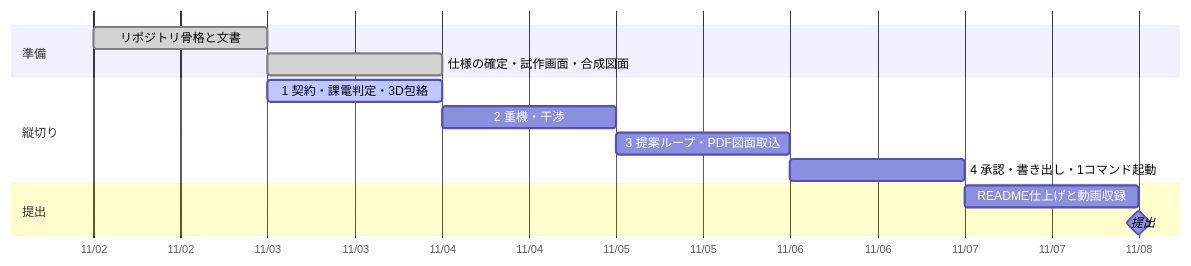
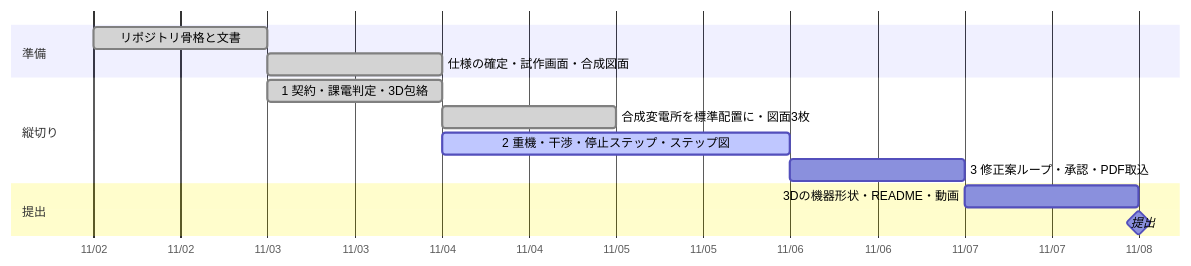
One commit to Daxion1578/Minimum-Approach-Area-Indicator changed the diagram in STATUS.md. Above: the diagram before and after it, drawn with Mermaid. The commit also changed other lines of this file and 2 other files, not shown here.

First line of the commit message:
状況: 提出物の線引き・標準配置・図面 3 枚・機器寸法まで完了。TASKS/STATUS/仕様 §14 を 11/8 までの日割りに更新

````diff
--- a/STATUS.md
+++ b/STATUS.md
@@ -3,16 +3,16 @@
 ```mermaid
 gantt
   dateFormat YYYY-MM-DD
   axisFormat %m/%d
   section 準備
   リポジトリ骨格と文書          :done,   p1, 2026-11-02, 1d
   仕様の確定・試作画面・合成図面  :done,   p2, 2026-11-03, 1d
   section 縦切り
-  1 契約・課電判定・3D包絡       :active, s1, 2026-11-03, 1d
-  2 重機・干渉                   :        s2, 2026-11-04, 1d
-  3 提案ループ・PDF図面取込      :        s3, 2026-11-05, 1d
-  4 承認・書き出し・1コマンド起動 :        s4, 2026-11-06, 1d
+  1 契約・課電判定・3D包絡       :done,   s1, 2026-11-03, 1d
+  合成変電所を標準配置に・図面3枚 :done,   s1b, 2026-11-04, 1d
+  2 重機・干渉・停止ステップ・ステップ図 :active, s2, 2026-11-04, 2d
+  3 修正案ループ・承認・PDF取込   :        s3, 2026-11-06, 1d
   section 提出
-  README仕上げと動画収録         :        v1, 2026-11-07, 1d
+  3Dの機器形状・README・動画     :        v1, 2026-11-07, 1d
   提出                           :milestone, m1, 2026-11-08, 0d
 ```
````
